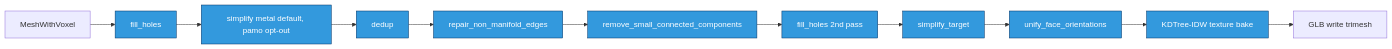
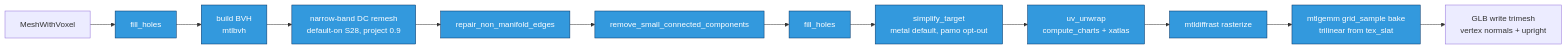
Before and after one commit to pawel-mazurkiewicz/Pixal3D-mac: the seventh of 7 diagrams in PIPELINE_MAP.md, drawn with Mermaid. The commit also changed other lines of this file and 25 other files, not shown here.

````diff
--- a/PIPELINE_MAP.md
+++ b/PIPELINE_MAP.md
@@ -365,15 +379,16 @@
 ```mermaid
 flowchart LR
     A[MeshWithVoxel] --> B[fill_holes]
-    B --> C[simplify metal default, pamo opt-out]
-    C --> D[dedup]
-    D --> E[repair_non_manifold_edges]
+    B --> BV[build BVH<br/>mtlbvh]
+    BV --> R[narrow-band DC remesh<br/>default-on S28, project 0.9]
+    R --> E[repair_non_manifold_edges]
     E --> F[remove_small_connected_components]
-    F --> G[fill_holes 2nd pass]
-    G --> H[simplify_target]
-    H --> I[unify_face_orientations]
-    I --> J[KDTree-IDW texture bake]
-    J --> K[GLB write trimesh]
+    F --> G[fill_holes]
+    G --> H[simplify_target<br/>metal default, pamo opt-out]
+    H --> U[uv_unwrap<br/>compute_charts + xatlas]
+    U --> RAST[mtldiffrast rasterize]
+    RAST --> J[mtlgemm grid_sample bake<br/>trilinear from tex_slat]
+    J --> K[GLB write trimesh<br/>vertex normals + upright]
     classDef subproc fill:#39d,stroke:#036,color:#fff
-    class B,C,D,E,F,G,H,I,J subproc
+    class B,BV,R,E,F,G,H,U,RAST,J subproc
 ```
````
